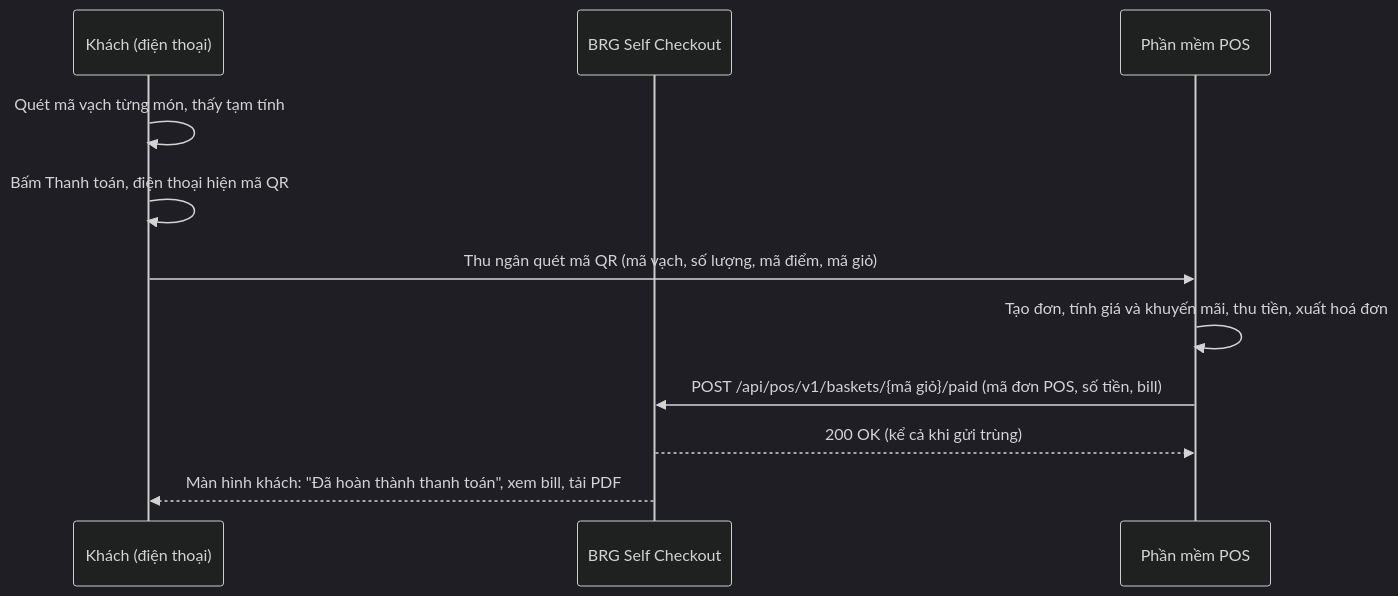
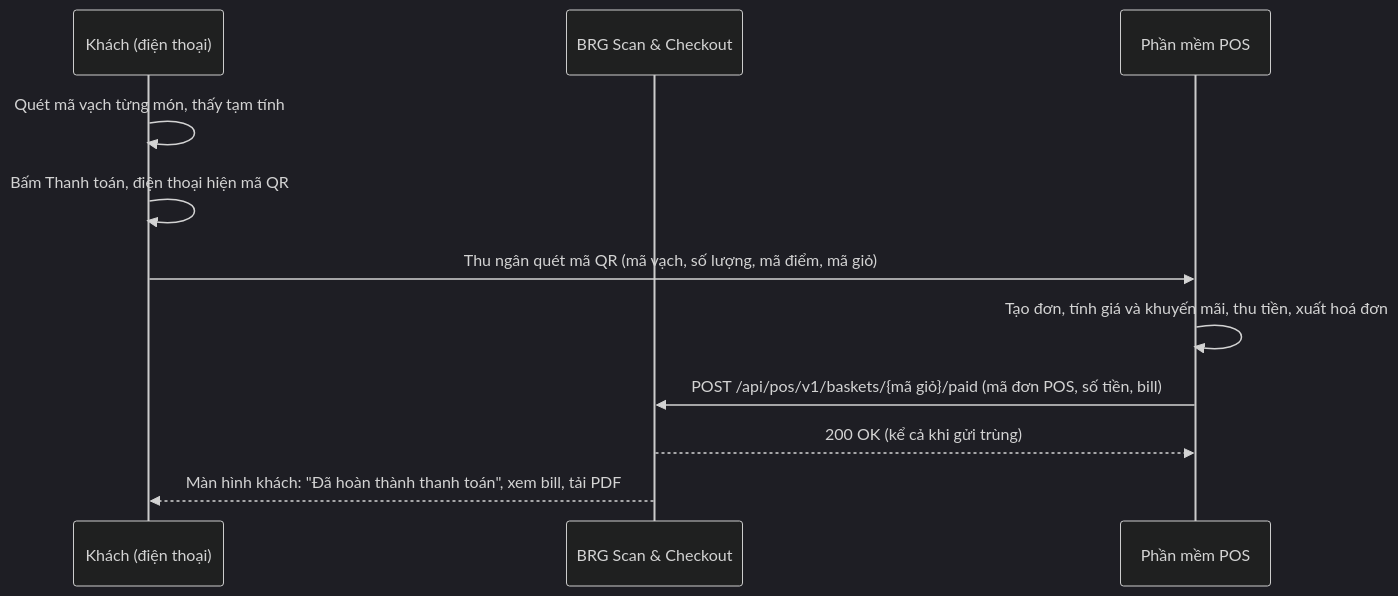
The diagram in docs/api-qr-gio-hang.md (pth8081/Self-Checkout), drawn with Mermaid (dark theme) before and after one commit. The commit also changed 46 other files, not shown here.

First line of the commit message:
Đổi tên ứng dụng thành BRG Scan & Checkout

````diff
--- a/docs/api-qr-gio-hang.md
+++ b/docs/api-qr-gio-hang.md
@@ -10,13 +10,13 @@
 ```mermaid
 sequenceDiagram
     participant K as Khách (điện thoại)
-    participant B as BRG Self Checkout
+    participant B as BRG Scan & Checkout
     participant P as Phần mềm POS
     K->>K: Quét mã vạch từng món, thấy tạm tính
     K->>K: Bấm Thanh toán, điện thoại hiện mã QR
     K->>P: Thu ngân quét mã QR (mã vạch, số lượng, mã điểm, mã giỏ)
     P->>P: Tạo đơn, tính giá và khuyến mãi, thu tiền, xuất hoá đơn
     P->>B: POST /api/pos/v1/baskets/{mã giỏ}/paid (mã đơn POS, số tiền, bill)
     B-->>P: 200 OK (kể cả khi gửi trùng)
     B-->>K: Màn hình khách: "Đã hoàn thành thanh toán", xem bill, tải PDF
 ```
````
